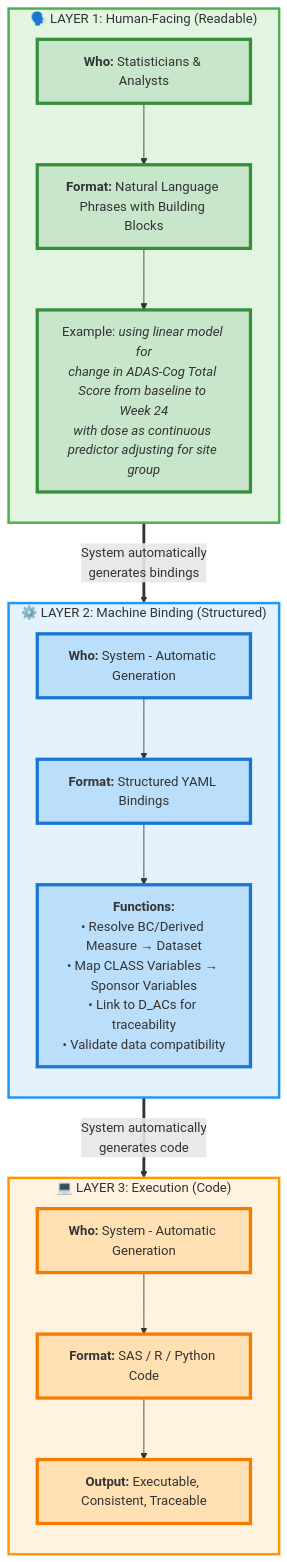
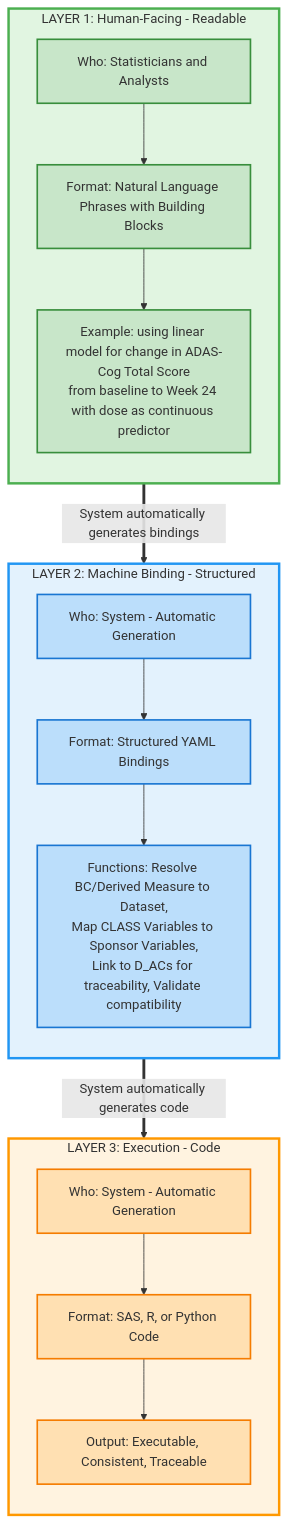
The diagram in neo4j/data/metadata/HYBRID_PHRASE_BASED_APPROACH.md (cdisc-org/analysis-concepts), drawn with Mermaid before and after one commit.

````diff
--- a/neo4j/data/metadata/HYBRID_PHRASE_BASED_APPROACH.md
+++ b/neo4j/data/metadata/HYBRID_PHRASE_BASED_APPROACH.md
@@ -15,41 +15,41 @@
 ```mermaid
 flowchart TD
-    subgraph Layer1["🗣️ LAYER 1: Human-Facing (Readable)"]
+    subgraph Layer1["LAYER 1: Human-Facing - Readable"]
         direction TB
-        H1["<b>Who:</b> Statisticians & Analysts"]
-        H2["<b>Format:</b> Natural Language Phrases with Building Blocks"]
-        H3["Example: <i>using linear model for<br/>change in ADAS-Cog Total Score from baseline to Week 24<br/>with dose as continuous predictor adjusting for site group</i>"]
+        H1["Who: Statisticians and Analysts"]
+        H2["Format: Natural Language Phrases with Building Blocks"]
+        H3["Example: using linear model for change in ADAS-Cog Total Score<br/>from baseline to Week 24 with dose as continuous predictor"]
         H1 --> H2 --> H3
     end
 
-    subgraph Layer2["⚙️ LAYER 2: Machine Binding (Structured)"]
+    subgraph Layer2["LAYER 2: Machine Binding - Structured"]
         direction TB
-        M1["<b>Who:</b> System - Automatic Generation"]
-        M2["<b>Format:</b> Structured YAML Bindings"]
-        M3["<b>Functions:</b><br/>• Resolve BC/Derived Measure → Dataset<br/>• Map CLASS Variables → Sponsor Variables<br/>• Link to D_ACs for traceability<br/>• Validate data compatibility"]
+        M1["Who: System - Automatic Generation"]
+        M2["Format: Structured YAML Bindings"]
+        M3["Functions: Resolve BC/Derived Measure to Dataset,<br/>Map CLASS Variables to Sponsor Variables,<br/>Link to D_ACs for traceability, Validate compatibility"]
         M1 --> M2 --> M3
     end
 
-    subgraph Layer3["💻 LAYER 3: Execution (Code)"]
+    subgraph Layer3["LAYER 3: Execution - Code"]
         direction TB
-        E1["<b>Who:</b> System - Automatic Generation"]
-        E2["<b>Format:</b> SAS / R / Python Code"]
-        E3["<b>Output:</b> Executable, Consistent, Traceable"]
+        E1["Who: System - Automatic Generation"]
+        E2["Format: SAS, R, or Python Code"]
+        E3["Output: Executable, Consistent, Traceable"]
         E1 --> E2 --> E3
     end
 
-    Layer1 ==>|"System automatically<br/>generates bindings"| Layer2
-    Layer2 ==>|"System automatically<br/>generates code"| Layer3
+    Layer1 ==>|System automatically generates bindings| Layer2
+    Layer2 ==>|System automatically generates code| Layer3
 
     style Layer1 fill:#e1f5e1,stroke:#4caf50,stroke-width:3px
     style Layer2 fill:#e3f2fd,stroke:#2196f3,stroke-width:3px
     style Layer3 fill:#fff3e0,stroke:#ff9800,stroke-width:3px
 
-    classDef humanBox fill:#c8e6c9,stroke:#388e3c,stroke-width:4px
-    classDef machineBox fill:#bbdefb,stroke:#1976d2,stroke-width:4px
-    classDef codeBox fill:#ffe0b2,stroke:#f57c00,stroke-width:4px
+    classDef humanBox fill:#c8e6c9,stroke:#388e3c,stroke-width:2px
+    classDef machineBox fill:#bbdefb,stroke:#1976d2,stroke-width:2px
+    classDef codeBox fill:#ffe0b2,stroke:#f57c00,stroke-width:2px
 
     class H1,H2,H3 humanBox
     class M1,M2,M3 machineBox
     class E1,E2,E3 codeBox
 ```
````
